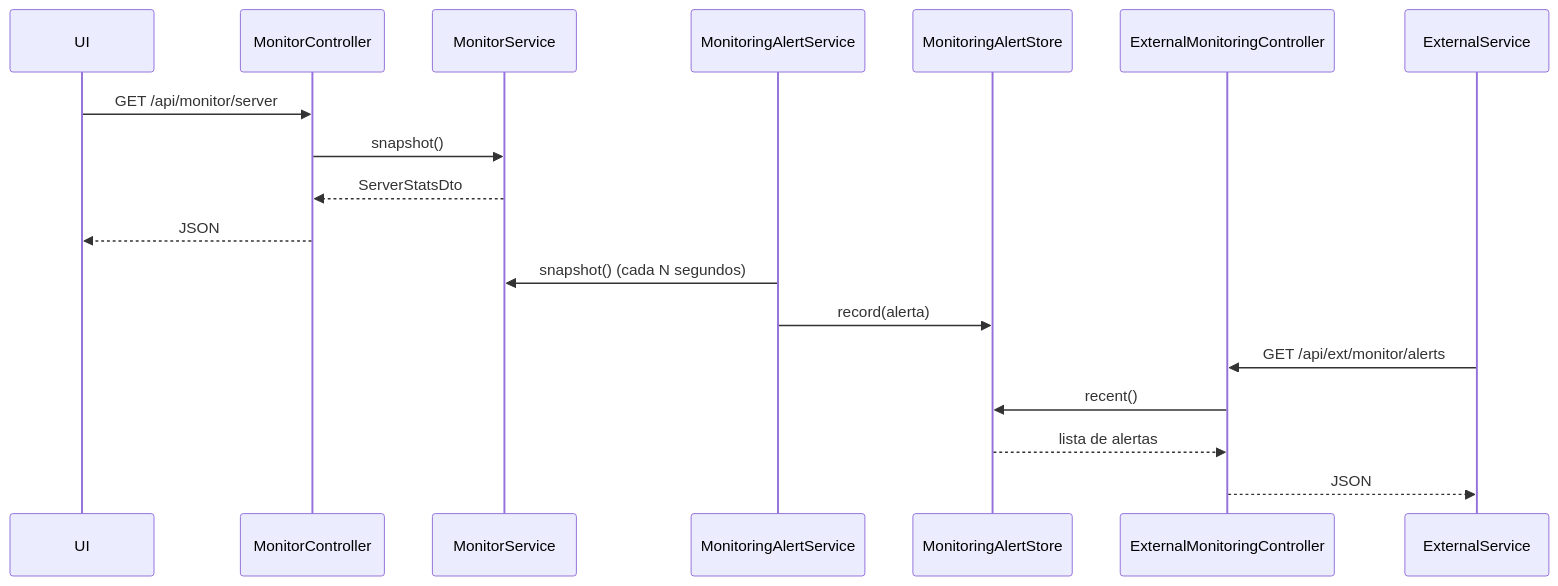
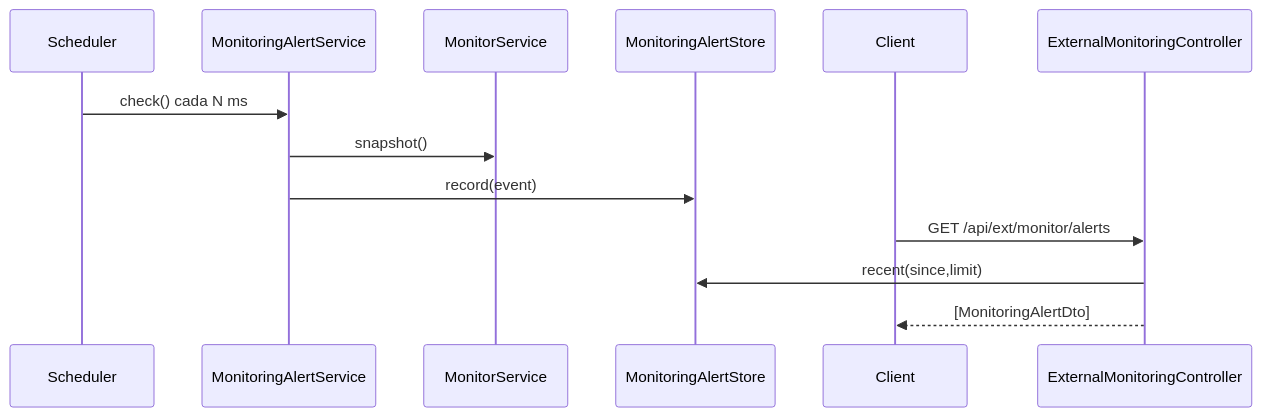
One commit to FlEtsv/apiasistente changed the sixth of 6 diagrams in docs/architecture.md. Above: the diagram before and after it, drawn with Mermaid. The commit also changed other lines of this file and 16 other files, not shown here.

````diff
--- a/docs/architecture.md
+++ b/docs/architecture.md
@@ -121,23 +130,16 @@
 ```mermaid
 sequenceDiagram
-  participant UI
-  participant MonitorController
-  participant MonitorService
-  participant MonitoringAlertService
-  participant MonitoringAlertStore
-  participant ExternalMonitoringController
-  participant ExternalService
+    participant Scheduler
+    participant MonitoringAlertService
+    participant MonitorService
+    participant MonitoringAlertStore
+    participant Client
+    participant ExternalMonitoringController
 
-  UI->>MonitorController: GET /api/monitor/server
-  MonitorController->>MonitorService: snapshot()
-  MonitorService-->>MonitorController: ServerStatsDto
-  MonitorController-->>UI: JSON
-
-  MonitoringAlertService->>MonitorService: snapshot() (cada N segundos)
-  MonitoringAlertService->>MonitoringAlertStore: record(alerta)
-
-  ExternalService->>ExternalMonitoringController: GET /api/ext/monitor/alerts
-  ExternalMonitoringController->>MonitoringAlertStore: recent()
-  MonitoringAlertStore-->>ExternalMonitoringController: lista de alertas
-  ExternalMonitoringController-->>ExternalService: JSON
+    Scheduler->>MonitoringAlertService: check() cada N ms
+    MonitoringAlertService->>MonitorService: snapshot()
+    MonitoringAlertService->>MonitoringAlertStore: record(event)
+    Client->>ExternalMonitoringController: GET /api/ext/monitor/alerts
+    ExternalMonitoringController->>MonitoringAlertStore: recent(since,limit)
+    ExternalMonitoringController-->>Client: [MonitoringAlertDto]
 ```
````
